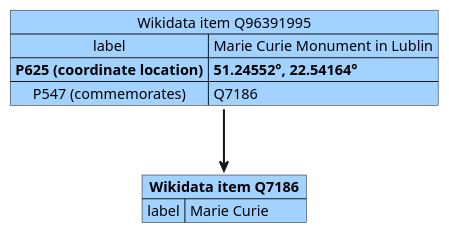
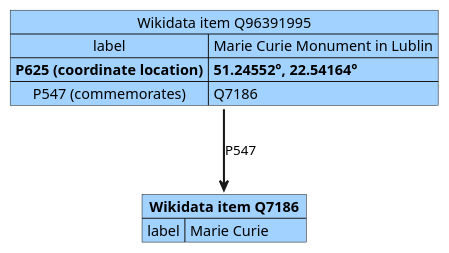
The diagram in images/data/wd_direct.plantuml (Danysan1/osm-wikidata-map-framework), drawn with PlantUML before and after one commit. The commit also changed 15 other files, not shown here.

Commit message:
Improve diagrams

```diff
--- a/images/data/wd_direct.plantuml
+++ b/images/data/wd_direct.plantuml
@@ -1,15 +1,15 @@
 @startuml wd_direct
 
 map "**Wikidata item Q7186**" as wikia #a2d2ff {
   label => Marie Curie
 }
 
 map "Wikidata item Q96391995" as wikie #a2d2ff {
   label => Marie Curie Monument in Lublin
   **P625 (coordinate location)** => **51.24552°, 22.54164°**
   P547 (commemorates) => Q7186
 }
 
-wikie -[bold]-> wikia
+wikie -[bold]-> wikia : P547
 
 @enduml
```
